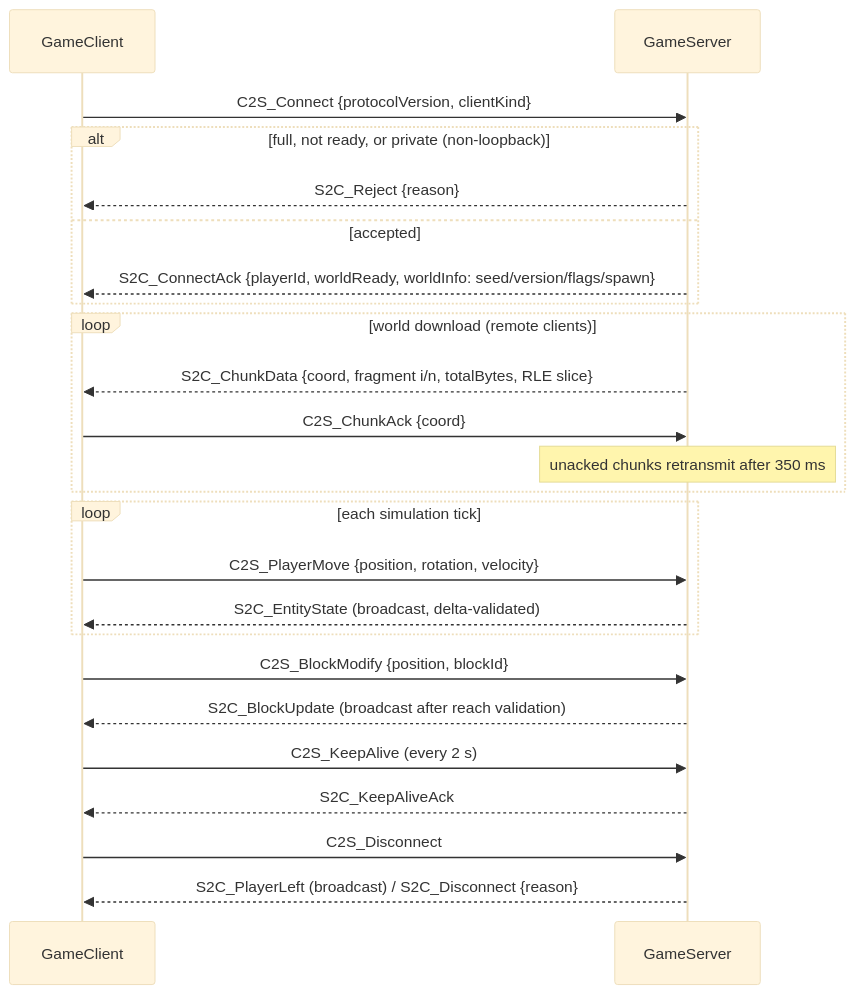
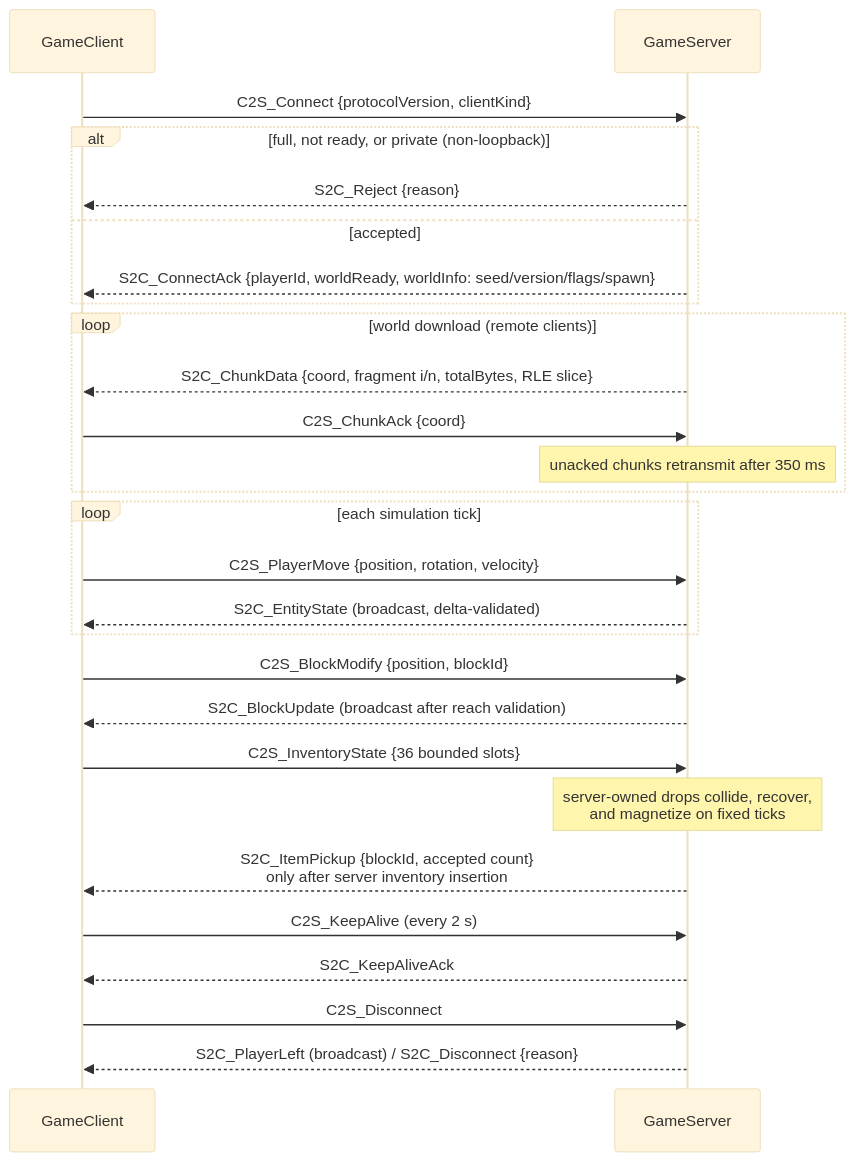
Diagram 15 of 17 in DIAGRAMS.md (GoGurtPrime/voxels), drawn with Mermaid (base theme) before and after one commit. The commit also changed other lines of this file and 1 other file, not shown here.

First line of the commit message:
Agent: Document authoritative item drop flow

````diff
--- a/DIAGRAMS.md
+++ b/DIAGRAMS.md
@@ -530,26 +536,29 @@
 ```mermaid
 sequenceDiagram
     participant C as GameClient
     participant S as GameServer
     C->>S: C2S_Connect {protocolVersion, clientKind}
     alt full, not ready, or private (non-loopback)
         S-->>C: S2C_Reject {reason}
     else accepted
         S-->>C: S2C_ConnectAck {playerId, worldReady, worldInfo: seed/version/flags/spawn}
     end
     loop world download (remote clients)
         S-->>C: S2C_ChunkData {coord, fragment i/n, totalBytes, RLE slice}
         C->>S: C2S_ChunkAck {coord}
         Note over S: unacked chunks retransmit after 350 ms
     end
     loop each simulation tick
         C->>S: C2S_PlayerMove {position, rotation, velocity}
         S-->>C: S2C_EntityState (broadcast, delta-validated)
     end
     C->>S: C2S_BlockModify {position, blockId}
     S-->>C: S2C_BlockUpdate (broadcast after reach validation)
+    C->>S: C2S_InventoryState {36 bounded slots}
+    Note over S: server-owned drops collide, recover,<br/>and magnetize on fixed ticks
+    S-->>C: S2C_ItemPickup {blockId, accepted count}<br/>only after server inventory insertion
     C->>S: C2S_KeepAlive (every 2 s)
     S-->>C: S2C_KeepAliveAck
     C->>S: C2S_Disconnect
     S-->>C: S2C_PlayerLeft (broadcast) / S2C_Disconnect {reason}
 ```
````
